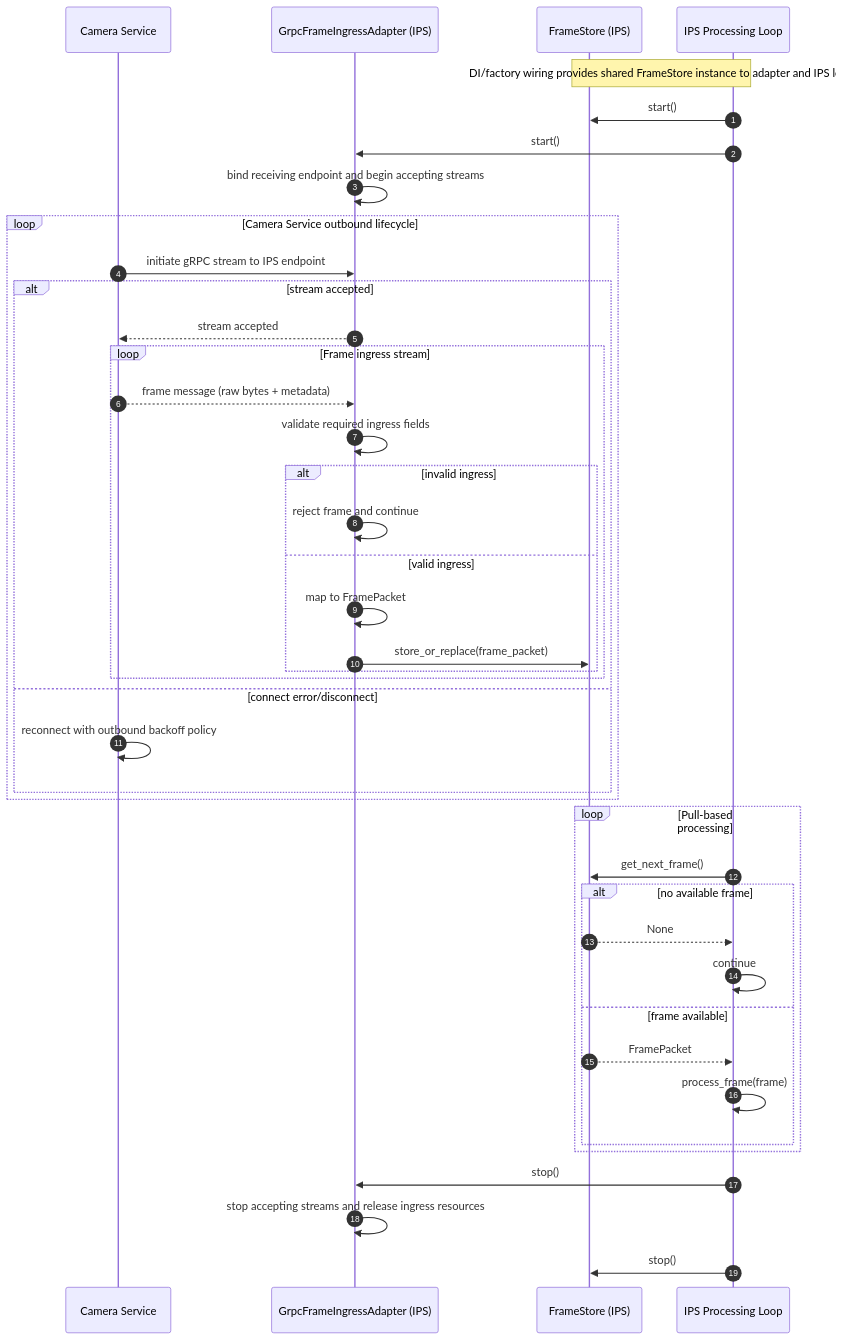
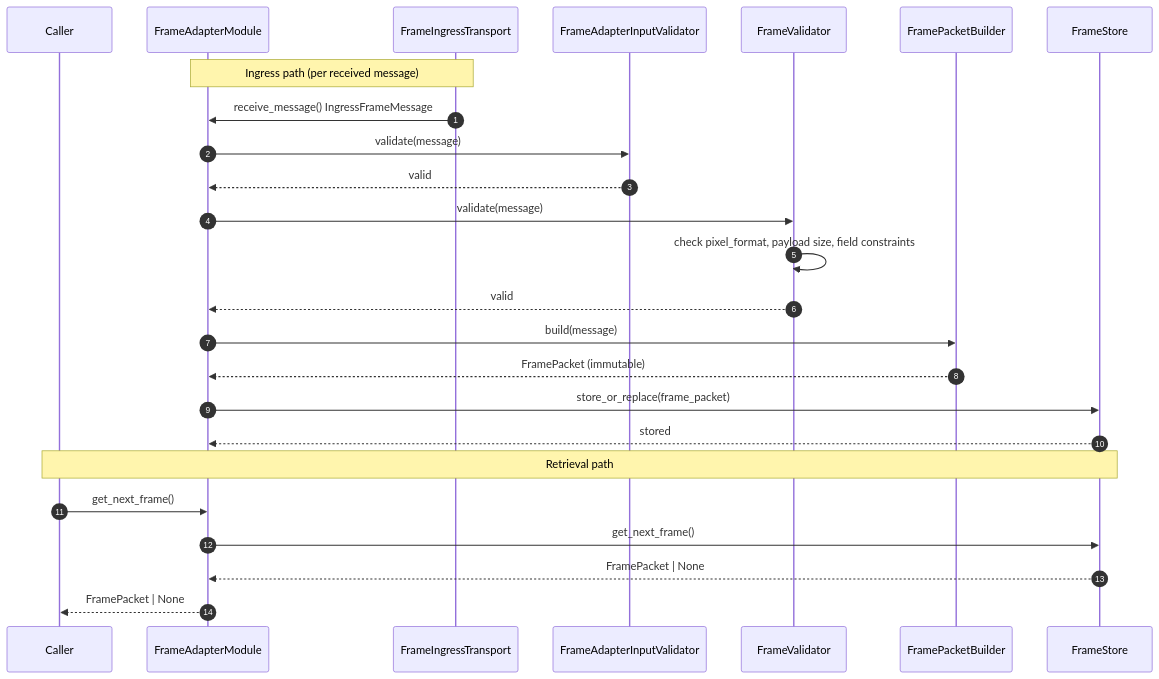
Before and after one commit to talifruman/camera-recognition: the second of 3 diagrams in doc/image_processing_service/frame_adapter.md, drawn with Mermaid. The commit also changed other lines of this file and 142 other files, not shown here.

````diff
--- a/doc/image_processing_service/frame_adapter.md
+++ b/doc/image_processing_service/frame_adapter.md
@@ -90,48 +524,29 @@
 ```mermaid
 sequenceDiagram
     autonumber
-    participant CS as Camera Service
-    participant A as GrpcFrameIngressAdapter (IPS)
-    participant S as FrameStore (IPS)
-    participant L as IPS Processing Loop
+    participant Caller
+    participant FrameAdapterModule
+    participant FrameIngressTransport
+    participant FrameAdapterInputValidator
+    participant FrameValidator
+    participant FramePacketBuilder
+    participant FrameStore
 
-    Note over L,S: DI/factory wiring provides shared FrameStore instance to adapter and IPS loop
+    Note over FrameIngressTransport,FrameAdapterModule: Ingress path (per received message)
+    FrameIngressTransport->>FrameAdapterModule: receive_message() IngressFrameMessage
+    FrameAdapterModule->>FrameAdapterInputValidator: validate(message)
+    FrameAdapterInputValidator-->>FrameAdapterModule: valid
+    FrameAdapterModule->>FrameValidator: validate(message)
+    FrameValidator->>FrameValidator: check pixel_format, payload size, field constraints
+    FrameValidator-->>FrameAdapterModule: valid
+    FrameAdapterModule->>FramePacketBuilder: build(message)
+    FramePacketBuilder-->>FrameAdapterModule: FramePacket (immutable)
+    FrameAdapterModule->>FrameStore: store_or_replace(frame_packet)
+    FrameStore-->>FrameAdapterModule: stored
 
-    L->>S: start()
-    L->>A: start()
-    A->>A: bind receiving endpoint and begin accepting streams
-
-    loop Camera Service outbound lifecycle
-        CS->>A: initiate gRPC stream to IPS endpoint
-        alt stream accepted
-            A-->>CS: stream accepted
-            loop Frame ingress stream
-                CS-->>A: frame message (raw bytes + metadata)
-                A->>A: validate required ingress fields
-                alt invalid ingress
-                    A->>A: reject frame and continue
-                else valid ingress
-                    A->>A: map to FramePacket
-                    A->>S: store_or_replace(frame_packet)
-                end
-            end
-        else connect error/disconnect
-            CS->>CS: reconnect with outbound backoff policy
-        end
-    end
-
-    loop Pull-based processing
-        L->>S: get_next_frame()
-        alt no available frame
-            S-->>L: None
-            L->>L: continue
-        else frame available
-            S-->>L: FramePacket
-            L->>L: process_frame(frame)
-        end
-    end
-
-    L->>A: stop()
-    A->>A: stop accepting streams and release ingress resources
-    L->>S: stop()
+    Note over Caller,FrameStore: Retrieval path
+    Caller->>FrameAdapterModule: get_next_frame()
+    FrameAdapterModule->>FrameStore: get_next_frame()
+    FrameStore-->>FrameAdapterModule: FramePacket | None
+    FrameAdapterModule-->>Caller: FramePacket | None
 ```
````
